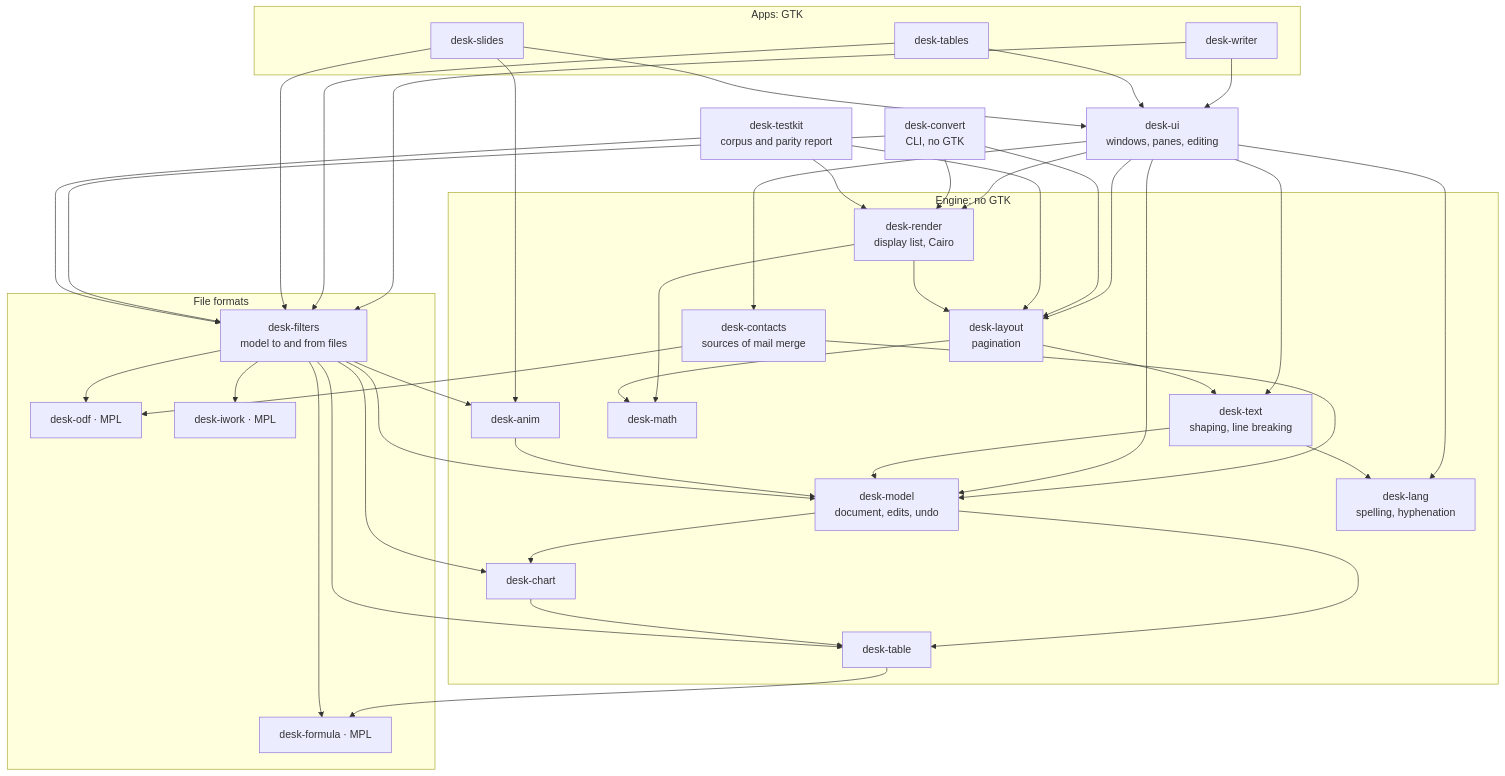
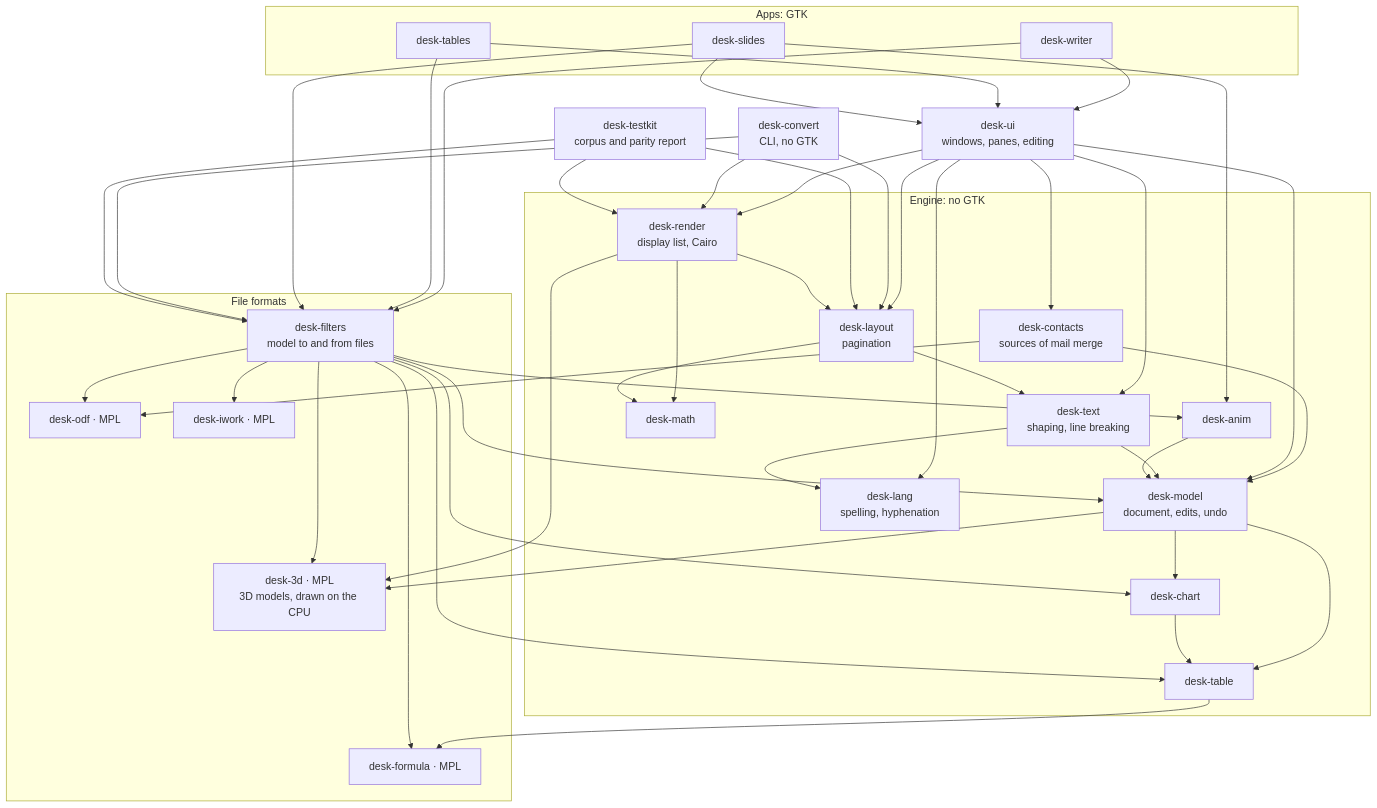
Before and after one commit to brahm/desk: the third of 8 diagrams in docs/architecture.md, drawn with Mermaid. The commit also changed other lines of this file and 74 other files, not shown here.

````diff
--- a/docs/architecture.md
+++ b/docs/architecture.md
@@ -71,42 +71,44 @@
 ```mermaid
 flowchart TB
     subgraph apps [Apps: GTK]
         writer[desk-writer]
         tables[desk-tables]
         slides[desk-slides]
     end
     ui[desk-ui<br>windows, panes, editing]
     convert[desk-convert<br>CLI, no GTK]
     testkit[desk-testkit<br>corpus and parity report]
     subgraph engine [Engine: no GTK]
         render[desk-render<br>display list, Cairo]
         layout[desk-layout<br>pagination]
         text[desk-text<br>shaping, line breaking]
         model[desk-model<br>document, edits, undo]
         chart[desk-chart]
         math[desk-math]
         table[desk-table]
         anim[desk-anim]
         lang[desk-lang<br>spelling, hyphenation]
         contacts[desk-contacts<br>sources of mail merge]
     end
     subgraph formats [File formats]
         filters[desk-filters<br>model to and from files]
         odf[desk-odf · MPL]
         iwork[desk-iwork · MPL]
         formula[desk-formula · MPL]
+        three[desk-3d · MPL<br>3D models, drawn on the CPU]
     end
     writer & tables & slides --> ui & filters
     contacts --> model & odf
     slides --> anim
     ui --> render & layout & text & model & lang & contacts
     convert --> filters & render & layout
     testkit --> filters & render & layout
     render --> layout --> text --> model
     render & layout --> math
     text --> lang
-    model --> chart & table
+    model --> chart & table & three
+    render --> three
     chart --> table --> formula
     anim --> model
-    filters --> model & odf & iwork & anim & chart & table & formula
+    filters --> model & odf & iwork & anim & chart & table & formula & three
 ```
````
